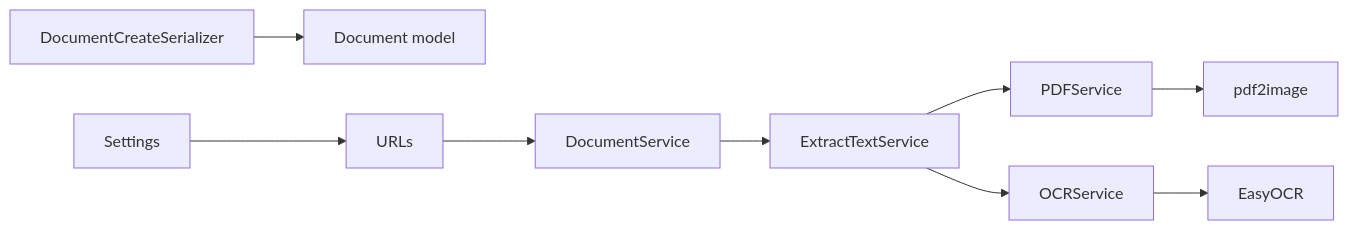
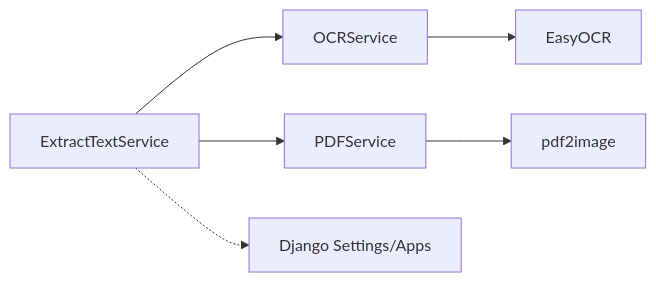
Before and after one commit to HamzaHindo/veritasshield: the seventh of 7 diagrams in backend/.qoder/repowiki/en/content/Text Extraction Engine/Text Extraction Engine.md, drawn with Mermaid. The commit also changed other lines of this file and 49 other files, not shown here.

````diff
--- a/backend/.qoder/repowiki/en/content/Text Extraction Engine/Text Extraction Engine.md
+++ b/backend/.qoder/repowiki/en/content/Text Extraction Engine/Text Extraction Engine.md
@@ -233,11 +261,8 @@
 ```mermaid
 graph LR
-ExtractTextService --> PDFService
-ExtractTextService --> OCRService
-OCRService --> EasyOCR["EasyOCR"]
-PDFService --> PDF2Image["pdf2image"]
-DocumentService --> ExtractTextService
-DocumentCreateSerializer --> DocumentModel["Document model"]
-URLs --> DocumentService
-Settings --> URLs
+EXTRACT["ExtractTextService"] --> OCR["OCRService"]
+EXTRACT --> PDF["PDFService"]
+OCR --> EASY["EasyOCR"]
+PDF --> P2I["pdf2image"]
+EXTRACT -.-> DJANGO["Django Settings/Apps"]
 ```
````
